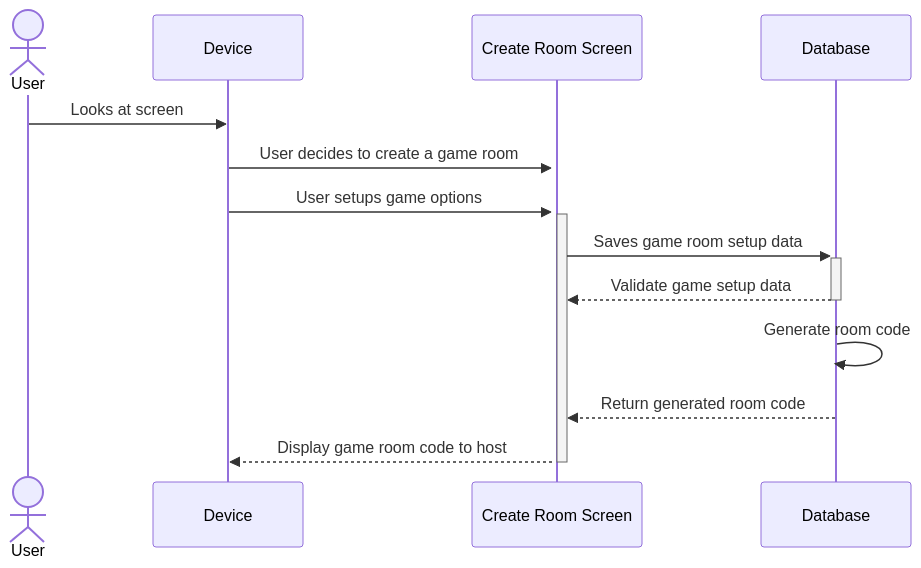
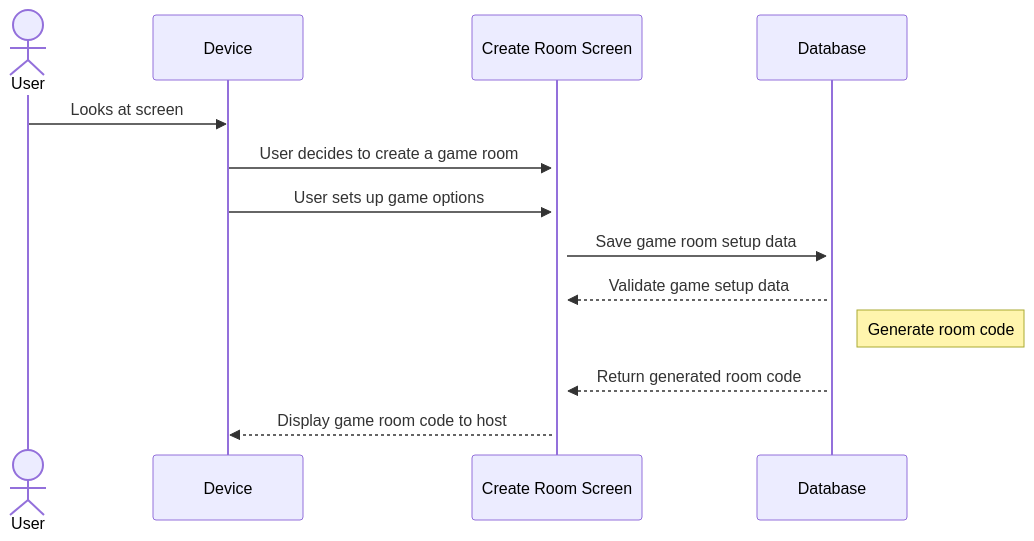
Before and after one commit to henryschoemer/project-aac-game-team-b_bugfix_team6: the first of 3 diagrams in documentation/docs/requirements/use-case-descriptions.md, drawn with Mermaid. The commit also changed other lines of this file, not shown here.

Commit message:
Fixed sequence diagram arrows and direction

````diff
--- a/documentation/docs/requirements/use-case-descriptions.md
+++ b/documentation/docs/requirements/use-case-descriptions.md
@@ -22,16 +22,16 @@
 ```mermaid
-sequenceDiagram 
+sequenceDiagram
     actor User
     participant D as Device
     participant CR as Create Room Screen
     participant DB as Database
 
     User ->> D: Looks at screen
     D ->>+ CR: User decides to create a game room
-    D ->>+ CR: User setups game options
-    CR ->>+ DB: Saves game room setup data
-    DB -->>- CR: Validate game setup data
-    DB ->> DB: Generate room code
+    D ->>+ CR: User sets up game options
+    CR ->>+ DB: Save game room setup data
+    DB -->> CR: Validate game setup data
+    Note right of DB: Generate room code
     DB -->> CR: Return generated room code
-    CR -->>- D: Display game room code to host
+    CR -->> D: Display game room code to host
 ```
````
